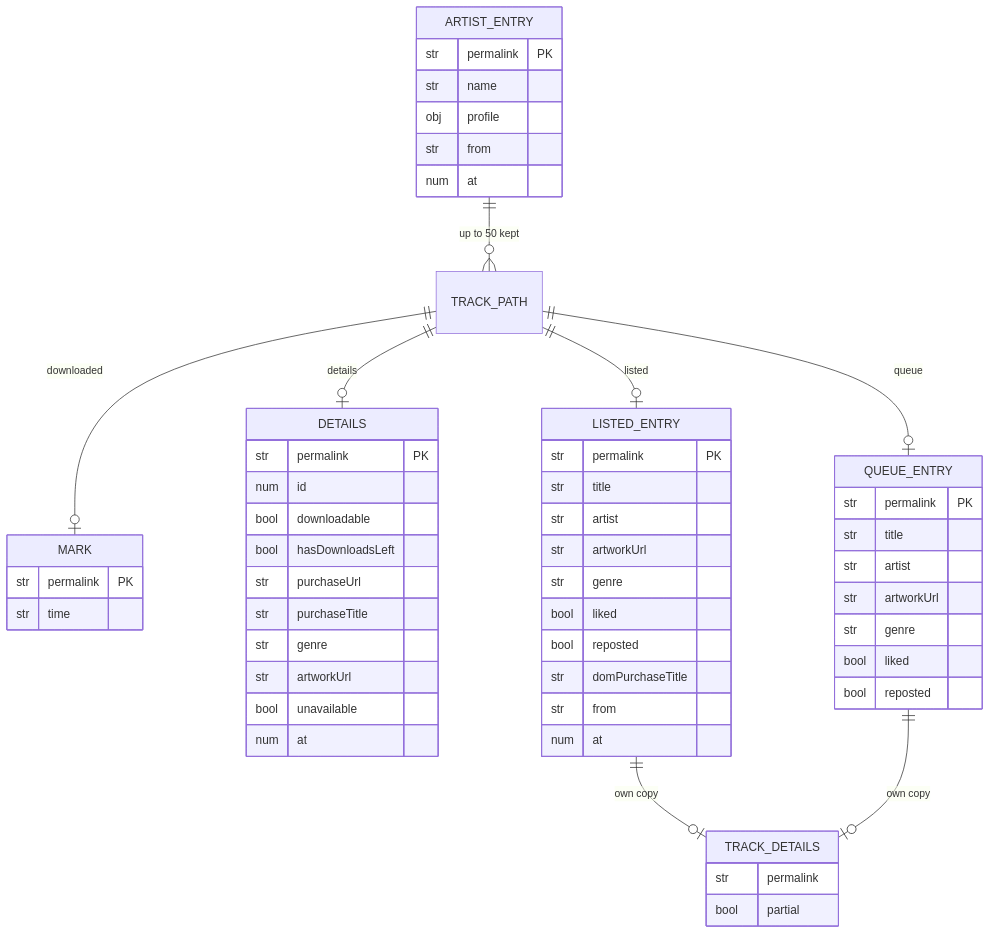
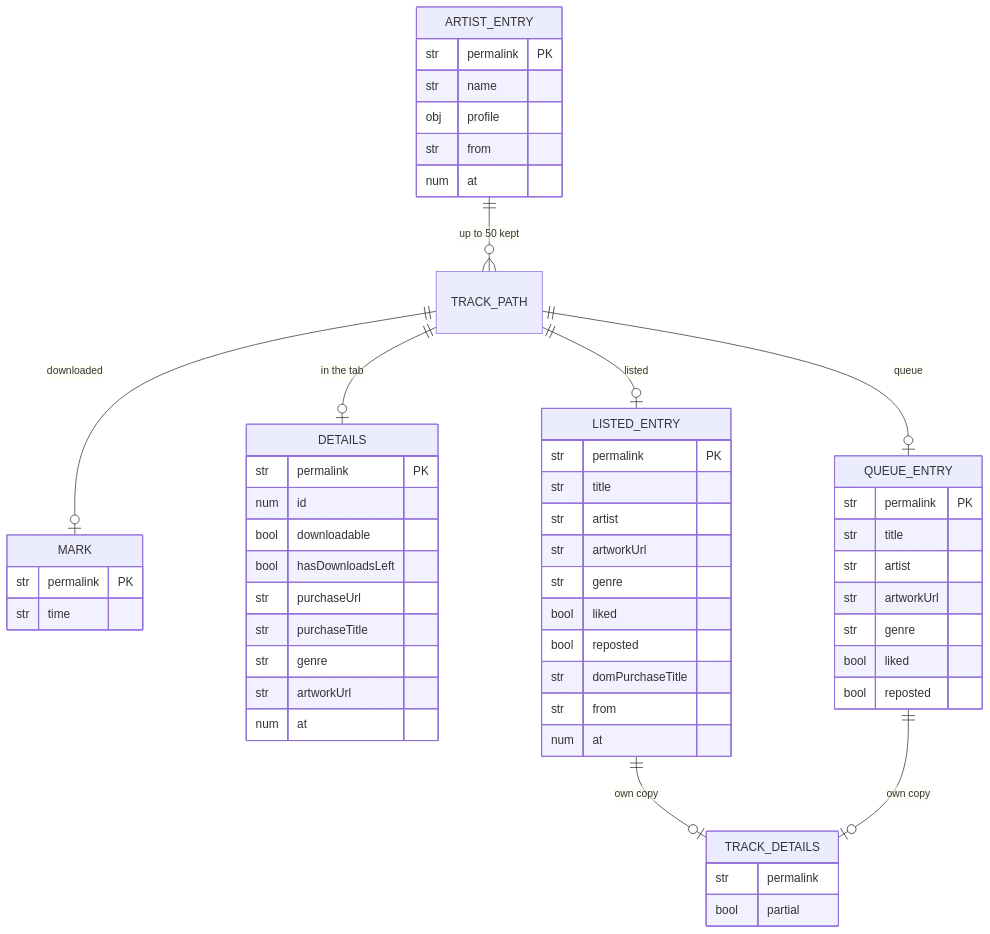
Before and after one commit to cutenode/localnetwork: the fifth of 9 diagrams in apps/localtoolbox/docs/diagrams/state.md, drawn with Mermaid. The commit also changed other lines of this file and 65 other files, not shown here.

````diff
--- a/apps/localtoolbox/docs/diagrams/state.md
+++ b/apps/localtoolbox/docs/diagrams/state.md
@@ -109,58 +113,57 @@
 ```mermaid
 erDiagram
   TRACK_PATH ||--o| MARK : "downloaded"
-  TRACK_PATH ||--o| DETAILS : "details"
+  TRACK_PATH ||--o| DETAILS : "in the tab"
   TRACK_PATH ||--o| LISTED_ENTRY : "listed"
   TRACK_PATH ||--o| QUEUE_ENTRY : "queue"
   ARTIST_ENTRY ||--o{ TRACK_PATH : "up to 50 kept"
   LISTED_ENTRY ||--o| TRACK_DETAILS : "own copy"
   QUEUE_ENTRY ||--o| TRACK_DETAILS : "own copy"
   MARK {
     str permalink PK
     str time
   }
   DETAILS {
     str permalink PK
     num id
     bool downloadable
     bool hasDownloadsLeft
     str purchaseUrl
     str purchaseTitle
     str genre
     str artworkUrl
-    bool unavailable
     num at
   }
   LISTED_ENTRY {
     str permalink PK
     str title
     str artist
     str artworkUrl
     str genre
     bool liked
     bool reposted
     str domPurchaseTitle
     str from
     num at
   }
   QUEUE_ENTRY {
     str permalink PK
     str title
     str artist
     str artworkUrl
     str genre
     bool liked
     bool reposted
   }
   ARTIST_ENTRY {
     str permalink PK
     str name
     obj profile
     str from
     num at
   }
   TRACK_DETAILS {
     str permalink
     bool partial
   }
 ```
````
